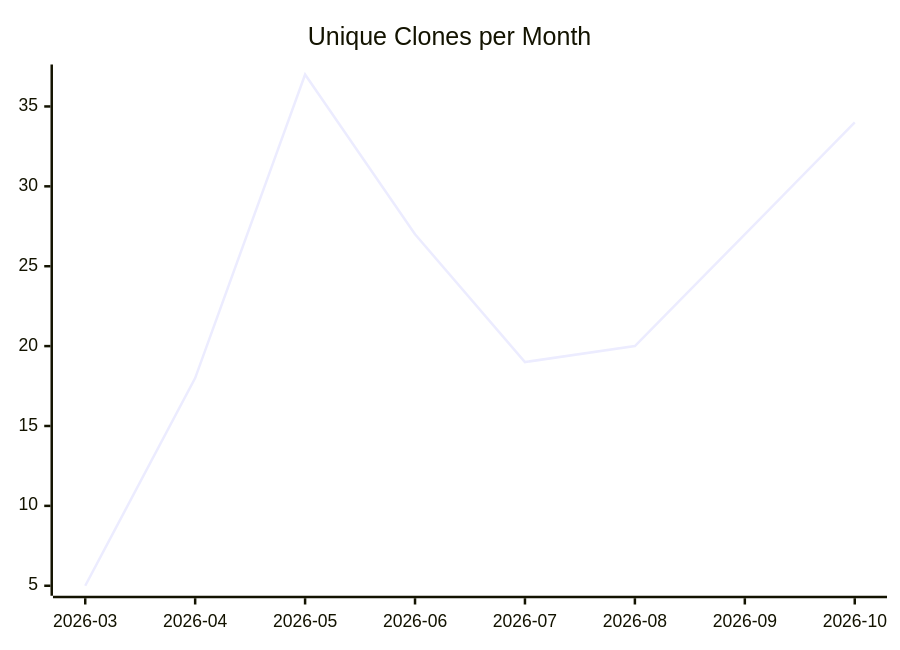
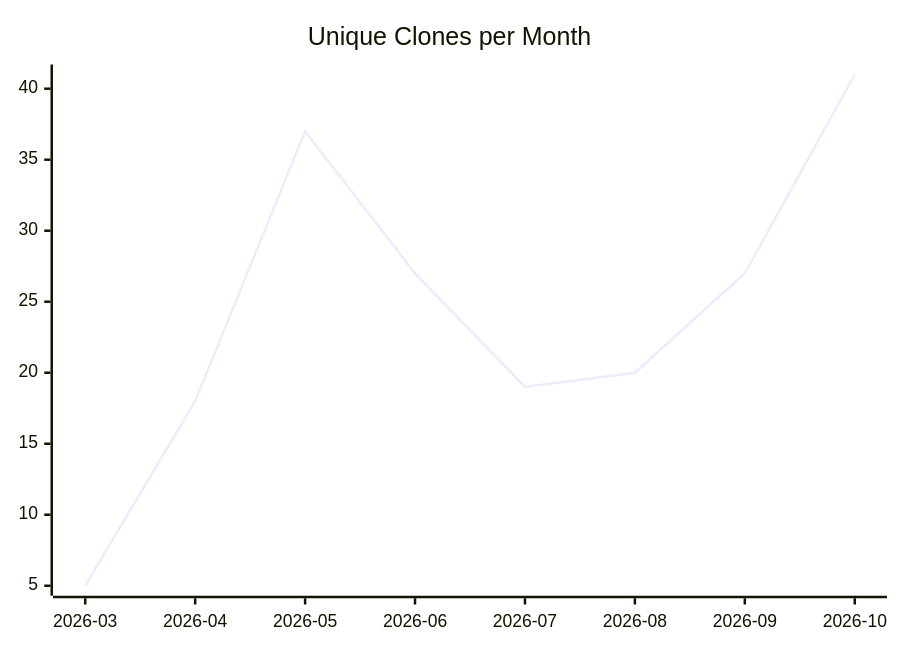
One commit to justdavis-family/github-analytics-data changed the third of 3 diagrams in karlmdavis/obsidian-operator/README.md. Above: the diagram before and after it, drawn with Mermaid. The commit also changed other lines of this file and 198 other files, not shown here.

````diff
--- a/karlmdavis/obsidian-operator/README.md
+++ b/karlmdavis/obsidian-operator/README.md
@@ -19,6 +19,6 @@
 ```mermaid
 xychart-beta
   title "Unique Clones per Month"
   x-axis ["2026-03", "2026-04", "2026-05", "2026-06", "2026-07", "2026-08", "2026-09", "2026-10"]
-  line [5, 18, 37, 27, 19, 20, 27, 34]
+  line [5, 18, 37, 27, 19, 20, 27, 41]
 ```
````
